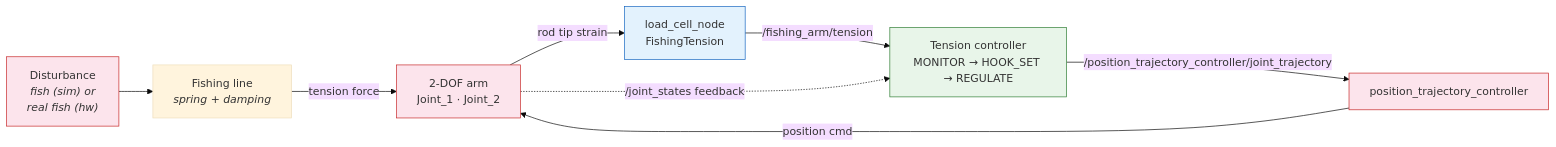
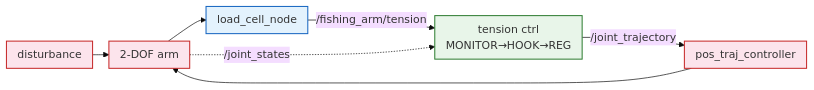
Before and after one commit to nzge/fishing-bot: the diagram in software/docs/diagrams/control_loop.mmd, drawn with Mermaid (base theme). The commit also changed 39 other files, not shown here.

```diff
--- a/software/docs/diagrams/control_loop.mmd
+++ b/software/docs/diagrams/control_loop.mmd
@@ -1,22 +1,19 @@
 %% Fishing Robot — Closed-loop tension control (both sim and hardware)
+%%{init: {'flowchart': {'nodeSpacing': 18, 'rankSpacing': 24, 'padding': 8}}}%%
 
 flowchart LR
-    classDef sense fill:#e3f2fd,stroke:#1565c0
-    classDef decide fill:#e8f5e9,stroke:#2e7d32
-    classDef act fill:#fce4ec,stroke:#c62828
+    classDef sense fill:#e3f2fd,stroke:#1565c0,stroke-width:1.5px
+    classDef decide fill:#e8f5e9,stroke:#2e7d32,stroke-width:1.5px
+    classDef act fill:#fce4ec,stroke:#c62828,stroke-width:1.5px
 
-    DIST["Disturbance<br/><i>fish (sim) or<br/>real fish (hw)</i>"]:::act
-    LINE["Fishing line<br/><i>spring + damping</i>"]
-    ARM["2-DOF arm<br/>Joint_1 · Joint_2"]:::act
+    DIST["disturbance"]:::act
+    ARM["2-DOF arm"]:::act
+    LC["load_cell_node"]:::sense
+    CTRL["tension ctrl<br/>MONITOR→HOOK→REG"]:::decide
+    PTC["pos_traj_controller"]:::act
 
-    LC["load_cell_node<br/>FishingTension"]:::sense
-    CTRL["Tension controller<br/>MONITOR → HOOK_SET → REGULATE"]:::decide
-    PTC["position_trajectory_controller"]:::act
-
-    DIST --> LINE
-    LINE -->|"tension force"| ARM
-    ARM -->|"rod tip strain"| LC
-    LC -->|"/fishing_arm/tension"| CTRL
-    CTRL -->|"/position_trajectory_controller/joint_trajectory"| PTC
-    PTC -->|"position cmd"| ARM
-    ARM -.->|"/joint_states feedback"| CTRL
+    DIST --> ARM
+    ARM --> LC
+    LC -->|/fishing_arm/tension| CTRL
+    CTRL -->|/joint_trajectory| PTC --> ARM
+    ARM -.->|/joint_states| CTRL
```
